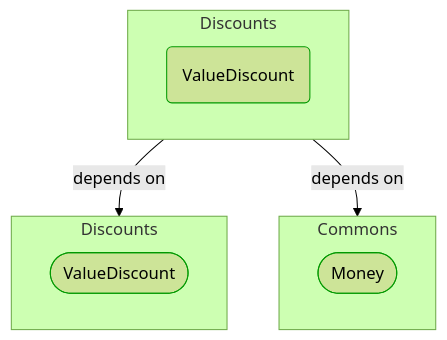
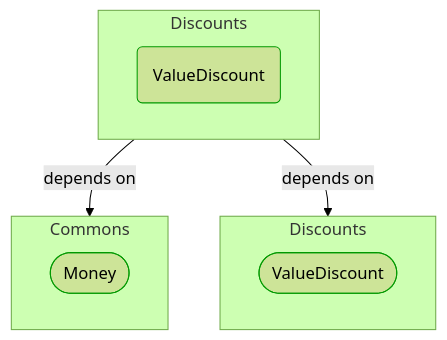
The diagram in Docs/P3/MermaidOutput/BuildingBlocks/Sales/Pricing/Discounts/ValueDiscount.md (itlibrium/DDD-starter-dotnet), drawn with Mermaid (forest theme) before and after one commit. The commit also changed 78 other files, not shown here.

````diff
--- a/Docs/P3/MermaidOutput/BuildingBlocks/Sales/Pricing/Discounts/ValueDiscount.md
+++ b/Docs/P3/MermaidOutput/BuildingBlocks/Sales/Pricing/Discounts/ValueDiscount.md
@@ -18,20 +18,20 @@
 ```mermaid
   flowchart TB
     subgraph 0["Discounts"]
       1(ValueDiscount)
       class 1 DomainPerspective
     end
-    subgraph 2["Discounts"]
-      3([ValueDiscount])
+    subgraph 2["Commons"]
+      3([Money])
       class 3 DomainPerspective
     end
-    subgraph 4["Commons"]
-      5([Money])
+    subgraph 4["Discounts"]
+      5([ValueDiscount])
       class 5 DomainPerspective
     end
     0-->|depends on|2
     0-->|depends on|4
     classDef DomainPerspective stroke:#009900
     classDef TechnologyPerspective stroke:#1F41EB
     classDef PeoplePerspective stroke:#FFF014
 ```
````
